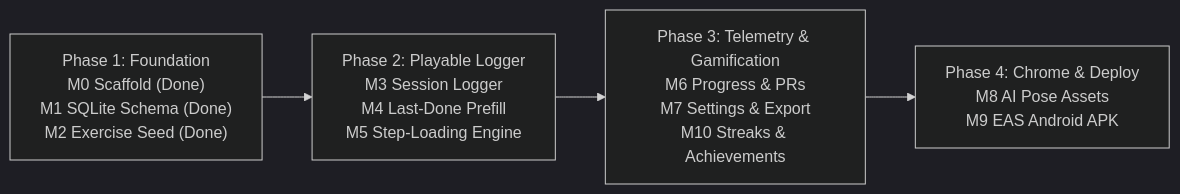
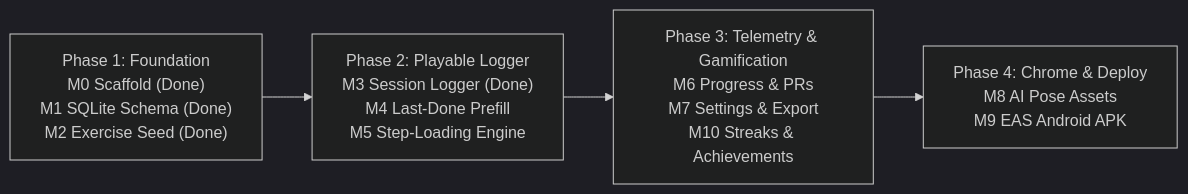
One commit to ccmueller355/shadowtrain changed the diagram in docs/index.md. Above: the diagram before and after it, drawn with Mermaid (dark theme). The commit also changed other lines of this file and 12 other files, not shown here.

First line of the commit message:
feat(m3): Session Logger, Set Tracking, Rest Timer & Home Resume (#15)

````diff
--- a/docs/index.md
+++ b/docs/index.md
@@ -45,6 +45,6 @@
 ```mermaid
 flowchart LR
-  P1["Phase 1: Foundation\nM0 Scaffold (Done)\nM1 SQLite Schema (Done)\nM2 Exercise Seed (Done)"] --> P2["Phase 2: Playable Logger\nM3 Session Logger\nM4 Last-Done Prefill\nM5 Step-Loading Engine"]
+  P1["Phase 1: Foundation\nM0 Scaffold (Done)\nM1 SQLite Schema (Done)\nM2 Exercise Seed (Done)"] --> P2["Phase 2: Playable Logger\nM3 Session Logger (Done)\nM4 Last-Done Prefill\nM5 Step-Loading Engine"]
   P2 --> P3["Phase 3: Telemetry & Gamification\nM6 Progress & PRs\nM7 Settings & Export\nM10 Streaks & Achievements"]
   P3 --> P4["Phase 4: Chrome & Deploy\nM8 AI Pose Assets\nM9 EAS Android APK"]
 ```
````
